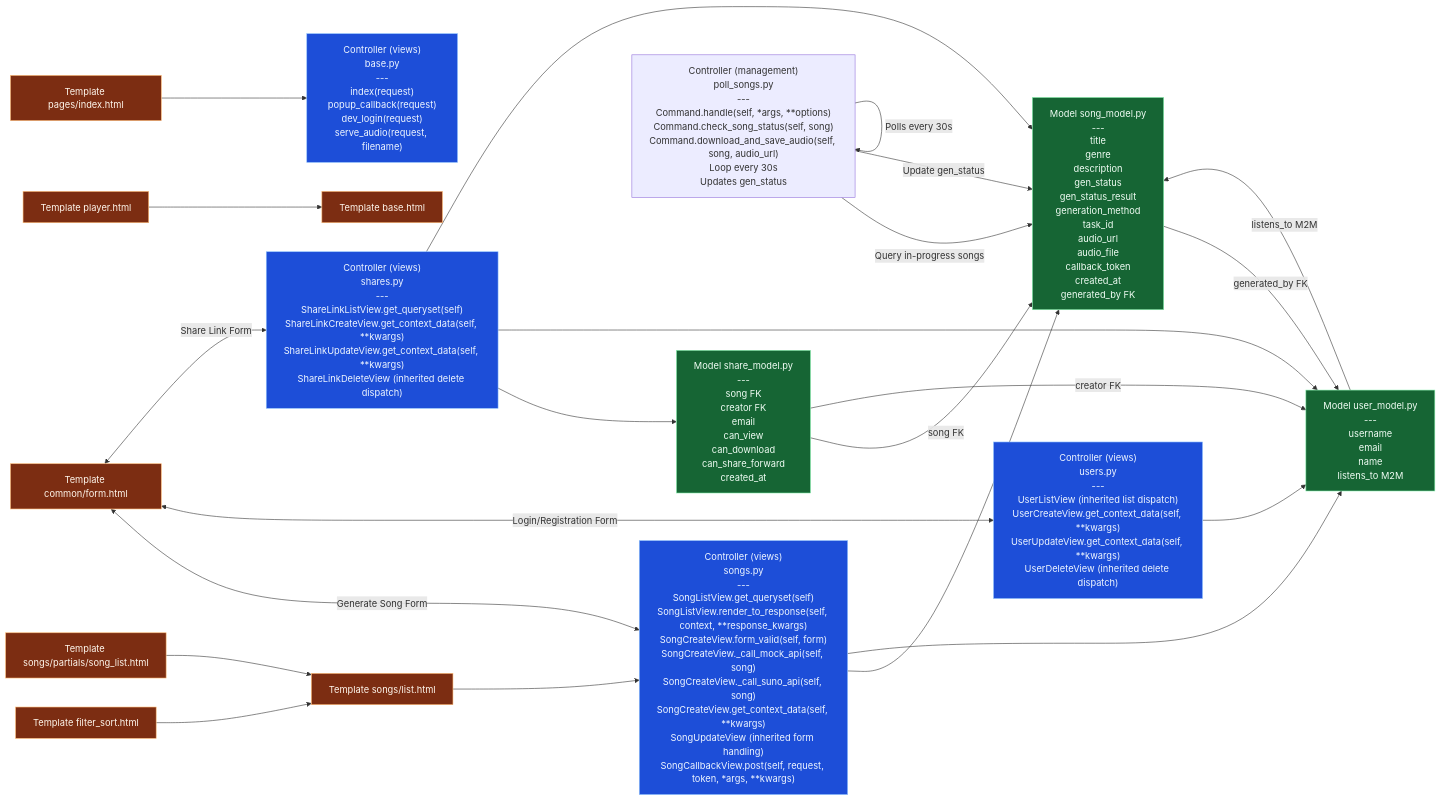
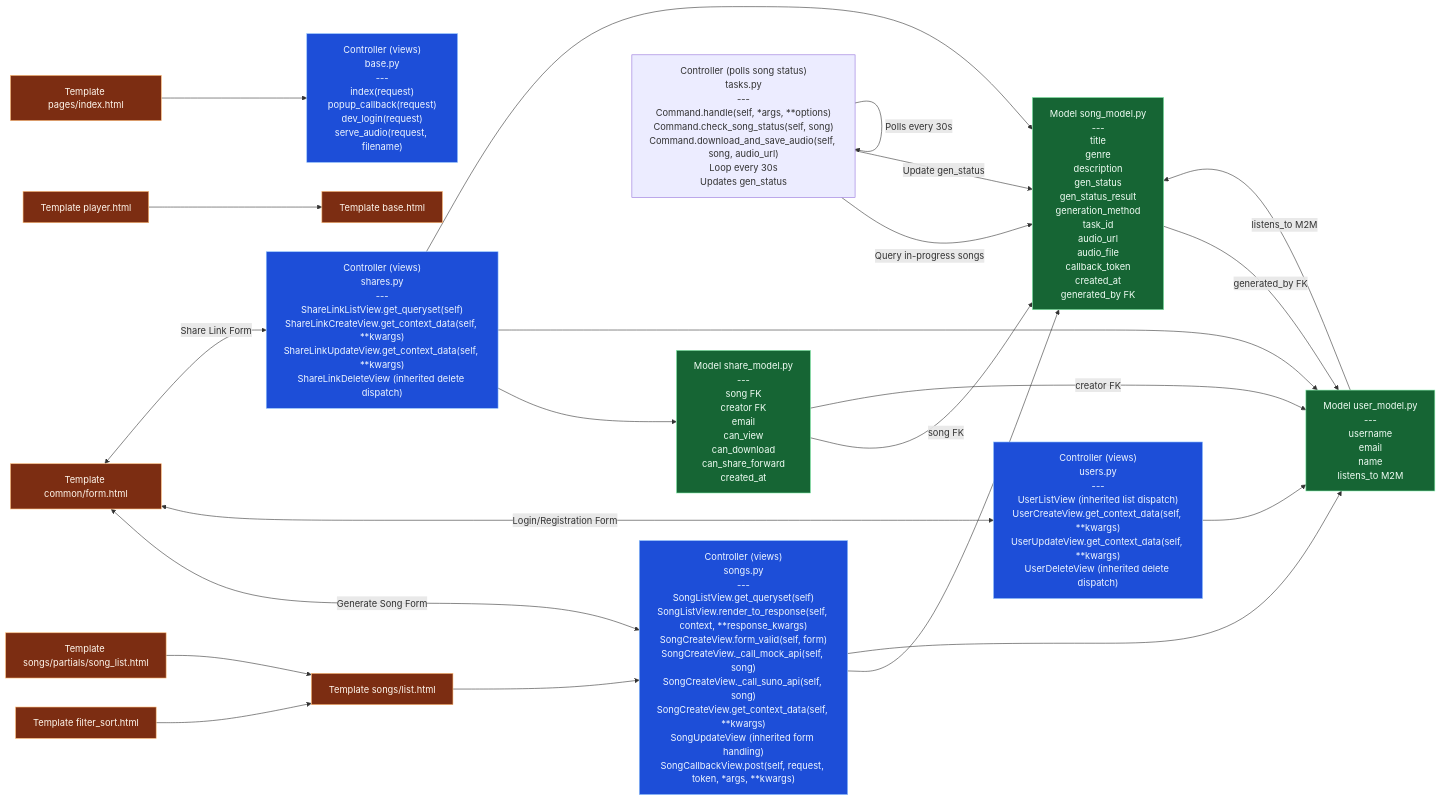
The first of 3 diagrams in README.md (taamtera/musicprojectdjango), drawn with Mermaid before and after one commit. The commit also changed other lines of this file, not shown here.

Commit message:
diagram corrections rev11

````diff
--- a/README.md
+++ b/README.md
@@ -76,63 +76,63 @@
 ```mermaid
 flowchart LR
 
    %% View/Controller Layer
    VB["Controller (views)<br/>base.py<br/>---<br/>index(request)<br/>popup_callback(request)<br/>dev_login(request)<br/>serve_audio(request, filename)"]
    VS["Controller (views)<br/>songs.py<br/>---<br/>SongListView.get_queryset(self)<br/>SongListView.render_to_response(self, context, **response_kwargs)<br/>SongCreateView.form_valid(self, form)<br/>SongCreateView._call_mock_api(self, song)<br/>SongCreateView._call_suno_api(self, song)<br/>SongCreateView.get_context_data(self, **kwargs)<br/>SongUpdateView (inherited form handling)<br/>SongCallbackView.post(self, request, token, *args, **kwargs)"]
    VU["Controller (views)<br/>users.py<br/>---<br/>UserListView (inherited list dispatch)<br/>UserCreateView.get_context_data(self, **kwargs)<br/>UserUpdateView.get_context_data(self, **kwargs)<br/>UserDeleteView (inherited delete dispatch)"]
    VSH["Controller (views)<br/>shares.py<br/>---<br/>ShareLinkListView.get_queryset(self)<br/>ShareLinkCreateView.get_context_data(self, **kwargs)<br/>ShareLinkUpdateView.get_context_data(self, **kwargs)<br/>ShareLinkDeleteView (inherited delete dispatch)"]
-   VP["Controller (management)<br/>poll_songs.py<br/>---<br/>Command.handle(self, *args, **options)<br/>Command.check_song_status(self, song)<br/>Command.download_and_save_audio(self, song, audio_url)<br/>Loop every 30s<br/>Updates gen_status"]
+   VP["Controller (polls song status)<br/>tasks.py<br/>---<br/>Command.handle(self, *args, **options)<br/>Command.check_song_status(self, song)<br/>Command.download_and_save_audio(self, song, audio_url)<br/>Loop every 30s<br/>Updates gen_status"]
 
    %% Model Layer
    MU["Model user_model.py<br/>---<br/>username<br/>email<br/>name<br/>listens_to M2M"]
    MS["Model song_model.py<br/>---<br/>title<br/>genre<br/>description<br/>gen_status<br/>gen_status_result<br/>generation_method<br/>task_id<br/>audio_url<br/>audio_file<br/>callback_token<br/>created_at<br/>generated_by FK"]
    MSL["Model share_model.py<br/>---<br/>song FK<br/>creator FK<br/>email<br/>can_view<br/>can_download<br/>can_share_forward<br/>created_at"]
 
    %% Template Layer
    TB["Template base.html"]
    TP["Template player.html"]
    TF["Template filter_sort.html"]
    TL["Template songs/list.html"]
    TLP["Template songs/partials/song_list.html"]
    TFORM["Template common/form.html"]
    TINDEX["Template pages/index.html"]
 
    %% View to models
    VS --> MS
    VS --> MU
    VU --> MU
    VSH --> MSL
    VSH --> MU
    VSH --> MS
    VP -->|Query in-progress songs| MS
    VP -->|Update gen_status| MS
    VP -->|Polls every 30s| VP
 
    %% Model relations
    MU -->|listens_to M2M| MS
    MS -->|generated_by FK| MU
    MSL -->|song FK| MS
    MSL -->|creator FK| MU
 
    %% Template to views
    TINDEX --> VB 
    TL --> VS  
    TFORM <--> |Generate Song Form| VS 
    TFORM <--> |Login/Registration Form| VU 
    TFORM <--> |Share Link Form| VSH 
 
    %% Template composition
    TF --> TL
    TLP --> TL
    TP --> TB
 
    %% Color coding: M / V / T (+ routes)
    classDef route fill:#1f2937,stroke:#9ca3af,color:#f9fafb,stroke-width:1px;
    classDef view fill:#1d4ed8,stroke:#93c5fd,color:#eff6ff,stroke-width:1px;
    classDef model fill:#166534,stroke:#86efac,color:#f0fdf4,stroke-width:1px;
    classDef template fill:#7c2d12,stroke:#fdba74,color:#fff7ed,stroke-width:1px;
 
    class VB,VS,VU,VSH view;
    class MU,MS,MSL model;
    class TB,TP,TF,TL,TLP,TFORM,TINDEX template;
 ```
````
